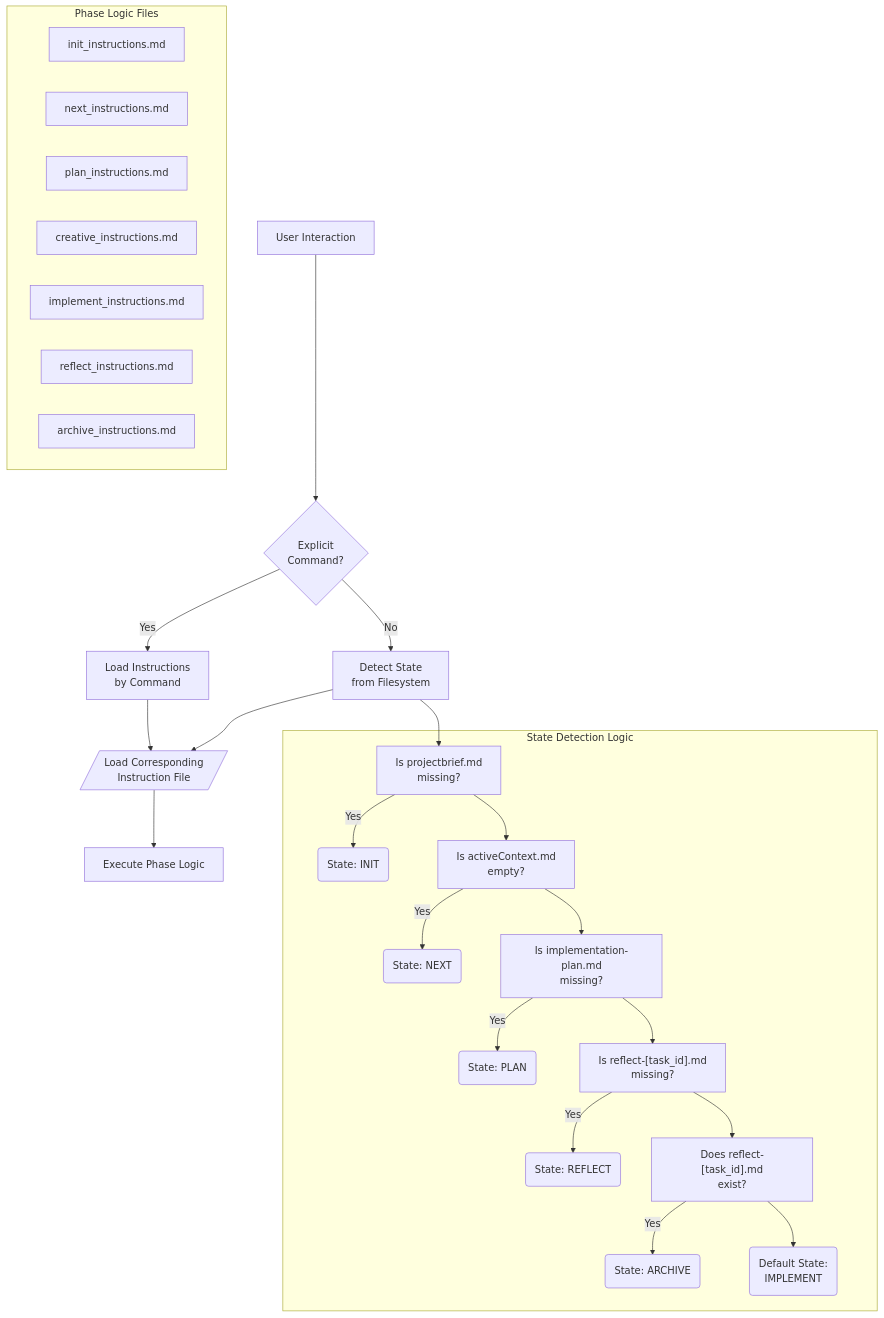
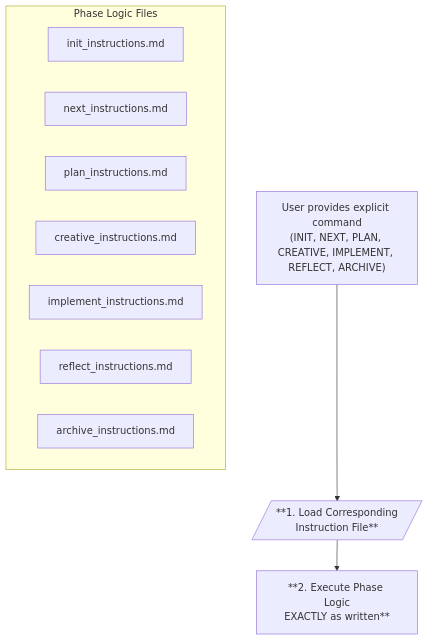
Before and after one commit to An3Dev/memory-bank: the diagram in custom_modes/unified_instructions.md, drawn with Mermaid. The commit also changed other lines of this file and 1 other file, not shown here.

````diff
--- a/custom_modes/unified_instructions.md
+++ b/custom_modes/unified_instructions.md
@@ -5,33 +5,16 @@
 ```mermaid
 graph TD
-    Start["User Interaction"] --> DetectCommand{"Explicit<br>Command?"}
-
-    DetectCommand --> |"Yes"| CommandSwitch["Load Instructions<br>by Command"]
-    DetectCommand --> |"No"| DetectState["Detect State<br>from Filesystem"]
-
-    CommandSwitch --> LoadInstructions
-    DetectState --> LoadInstructions
+    Start["User provides explicit command<br>(INIT, NEXT, PLAN, CREATIVE, IMPLEMENT, REFLECT, ARCHIVE)"] --> LoadInstructions
 
     subgraph "Phase Logic Files"
         Init["init_instructions.md"]
         Next["next_instructions.md"]
         Plan["plan_instructions.md"]
         Creative["creative_instructions.md"]
         Implement["implement_instructions.md"]
         Reflect["reflect_instructions.md"]
         Archive["archive_instructions.md"]
     end
     
-    LoadInstructions[/"Load Corresponding<br>Instruction File"/] --> Execute["Execute Phase Logic"]
-
-    subgraph "State Detection Logic"
-        S1["Is projectbrief.md<br>missing?"] --> |"Yes"| S_Init("State: INIT")
-        S2["Is activeContext.md<br>empty?"] --> |"Yes"| S_Next("State: NEXT")
-        S3["Is implementation-plan.md<br>missing?"] --> |"Yes"| S_Plan("State: PLAN")
-        S4["Is reflect-[task_id].md<br>missing?"] --> |"Yes"| S_Reflect("State: REFLECT")
-        S5["Does reflect-[task_id].md<br>exist?"] --> |"Yes"| S_Archive("State: ARCHIVE")
-        S_Default("Default State:<br>IMPLEMENT")
-    end
-
-    DetectState --> S1 --> S2 --> S3 --> S4 --> S5 --> S_Default
+    LoadInstructions[/"**1. Load Corresponding<br>Instruction File**"/] --> Execute["**2. Execute Phase Logic<br>EXACTLY as written**"]
 ```
````
